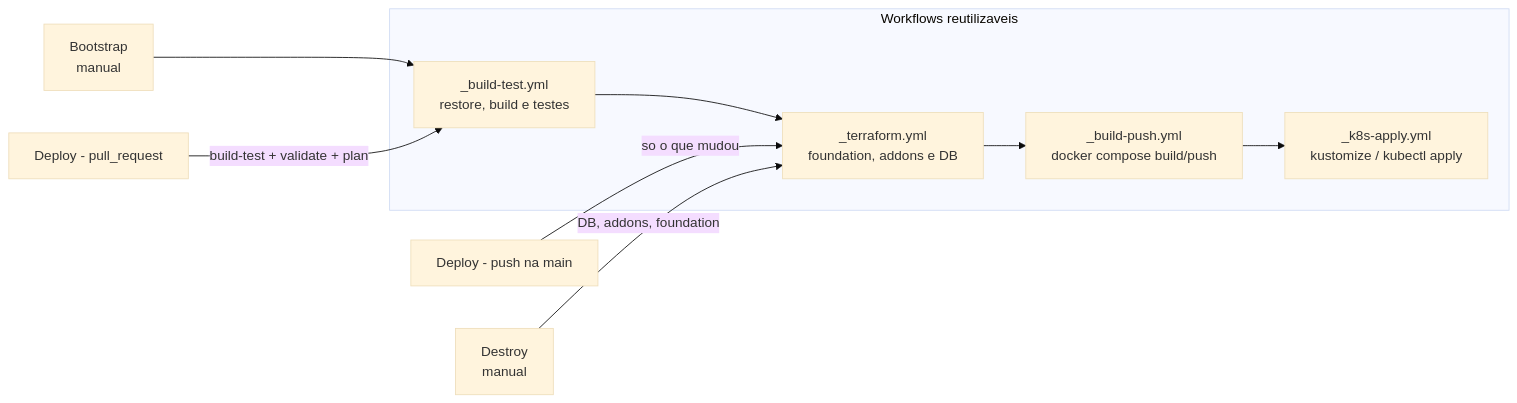
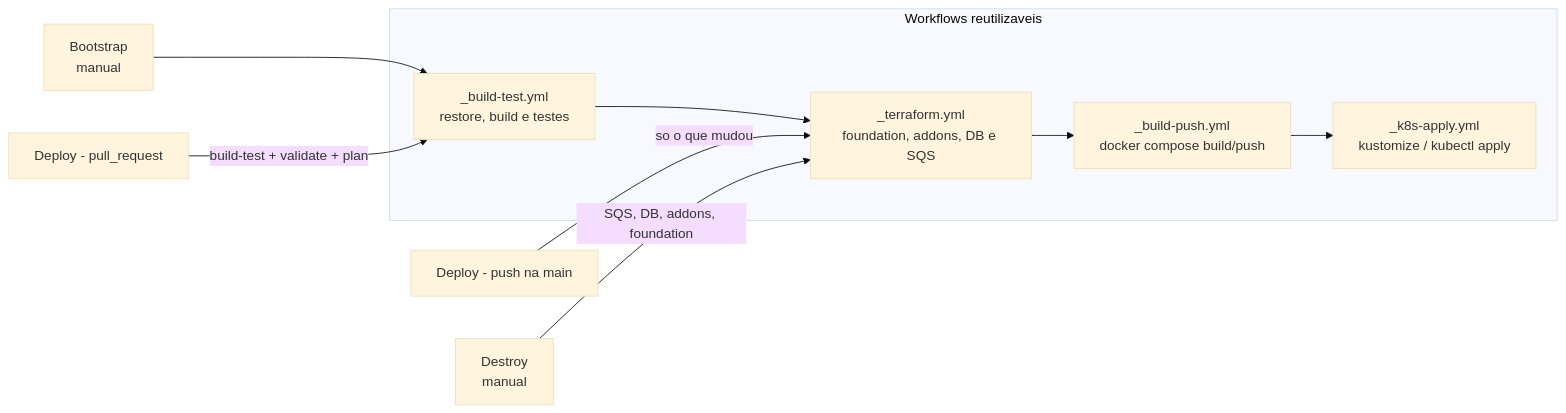
The third of 3 diagrams in README.md (GuiToniello/tech-challenge-fase-4-MANAGEMENT-soat16-rm374658), drawn with Mermaid (base theme) before and after one commit. The commit also changed other lines of this file and 208 other files, not shown here.

````diff
--- a/README.md
+++ b/README.md
@@ -426,14 +483,14 @@
 ```mermaid
 flowchart LR
   subgraph Reusable[Workflows reutilizaveis]
     BT[_build-test.yml\nrestore, build e testes]
-    TF[_terraform.yml\nfoundation, addons e DB]
+    TF[_terraform.yml\nfoundation, addons, DB e SQS]
     BP[_build-push.yml\ndocker compose build/push]
     KA[_k8s-apply.yml\nkustomize / kubectl apply]
   end
 
   B[Bootstrap\nmanual] --> BT --> TF --> BP --> KA
   PR[Deploy - pull_request] -->|build-test + validate + plan| BT
   PUSH[Deploy - push na main] -->|so o que mudou| TF
-  D[Destroy\nmanual] -->|DB, addons, foundation| TF
+  D[Destroy\nmanual] -->|SQS, DB, addons, foundation| TF
 ```
````
